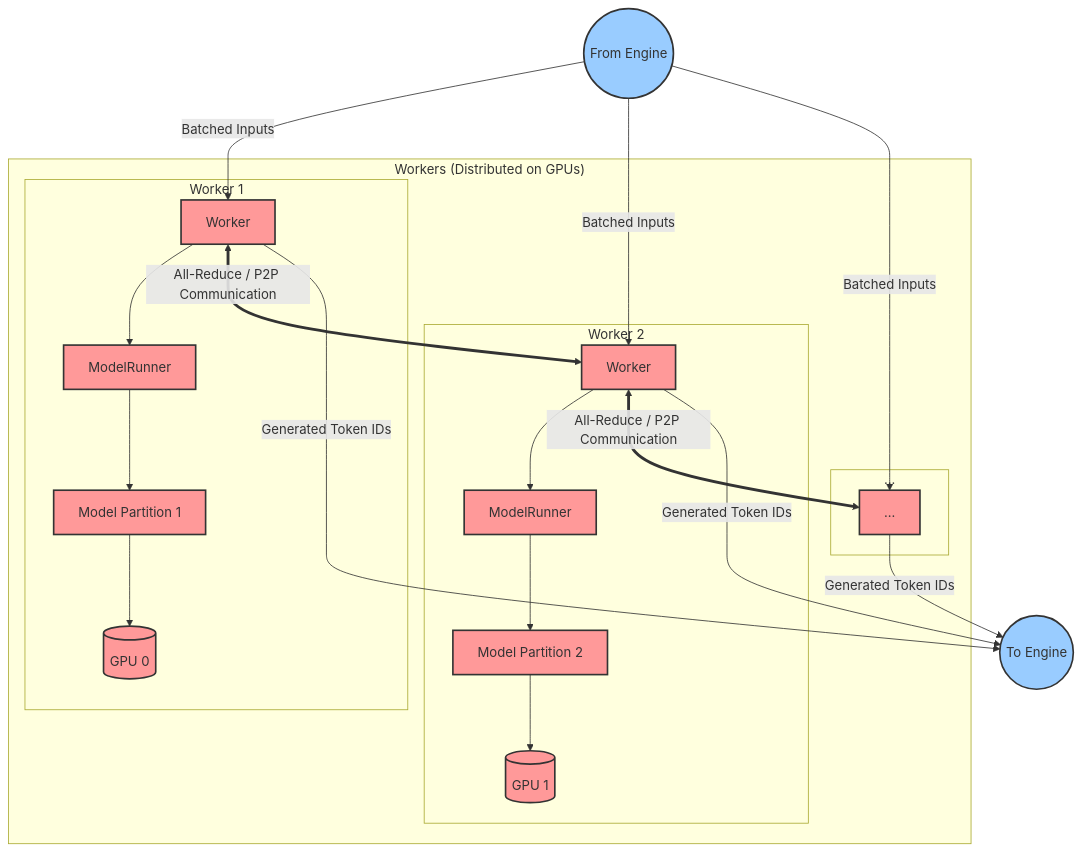
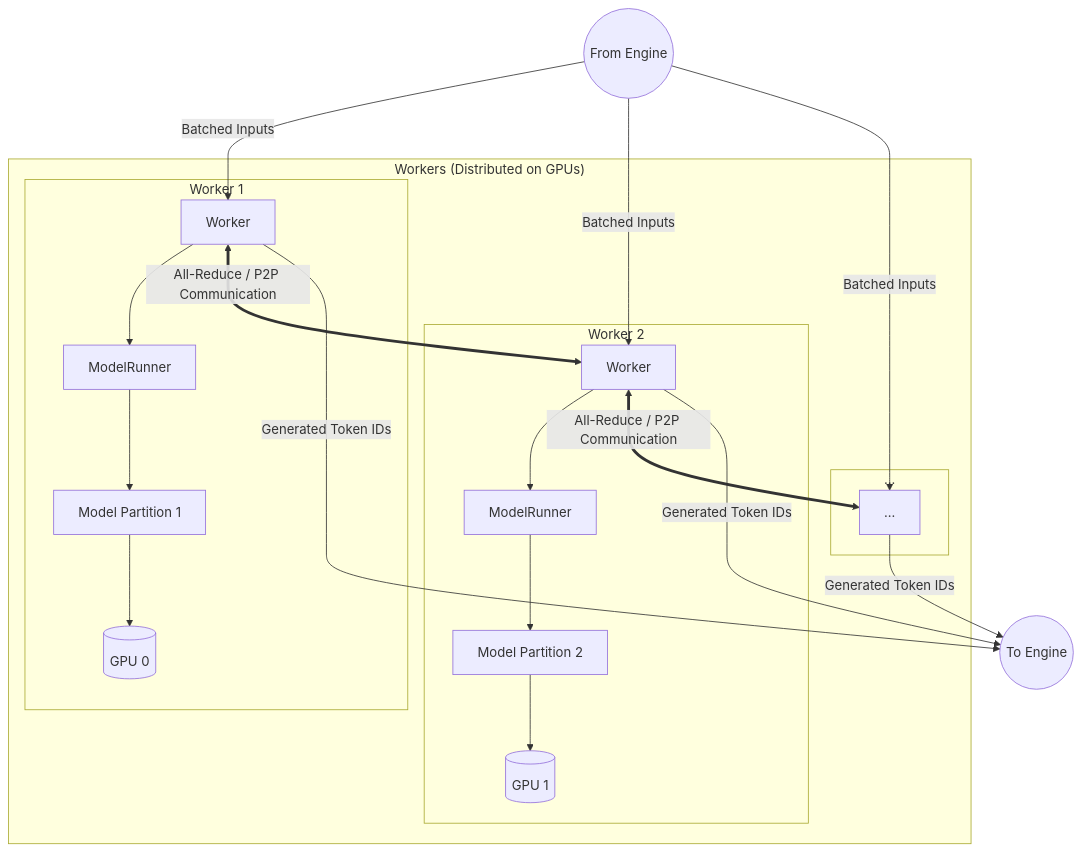
Before and after one commit to tangkenyi2001/vllm: the second of 2 diagrams in ken/diagrams/vLLM_arch.md, drawn with Mermaid. The commit also changed other lines of this file, not shown here.

Commit message:
removed styling

````diff
--- a/ken/diagrams/vLLM_arch.md
+++ b/ken/diagrams/vLLM_arch.md
@@ -65,37 +56,31 @@
 ```mermaid
 graph TD
     FromEngine((From Engine))
 
     subgraph "Workers (Distributed on GPUs)"
         subgraph "Worker 1"
             W1[Worker] --> MR1[ModelRunner] --> M1[Model Partition 1] --> GPU1[(GPU 0)]
         end
         subgraph "Worker 2"
             W2[Worker] --> MR2[ModelRunner] --> M2[Model Partition 2] --> GPU2[(GPU 1)]
         end
         subgraph "..."
             Wn[...]
         end
     end
 
     ToEngine((To Engine))
 
     %% Define Flow
     FromEngine -- "Batched Inputs" --> W1
     FromEngine -- "Batched Inputs" --> W2
     FromEngine -- "Batched Inputs" --> Wn
 
     W1 <== "All-Reduce / P2P Communication" ==> W2
     W2 <== "All-Reduce / P2P Communication" ==> Wn
 
     W1 -- "Generated Token IDs" --> ToEngine
     W2 -- "Generated Token IDs" --> ToEngine
     Wn -- "Generated Token IDs" --> ToEngine
 
-    %% Styling
-    classDef worker fill:#f99,stroke:#333,stroke-width:2px;
-    classDef flow fill:#9cf,stroke:#333,stroke-width:2px;
-
-    class W1,MR1,M1,GPU1,W2,MR2,M2,GPU2,Wn worker;
-    class FromEngine,ToEngine flow;
 ```
````
